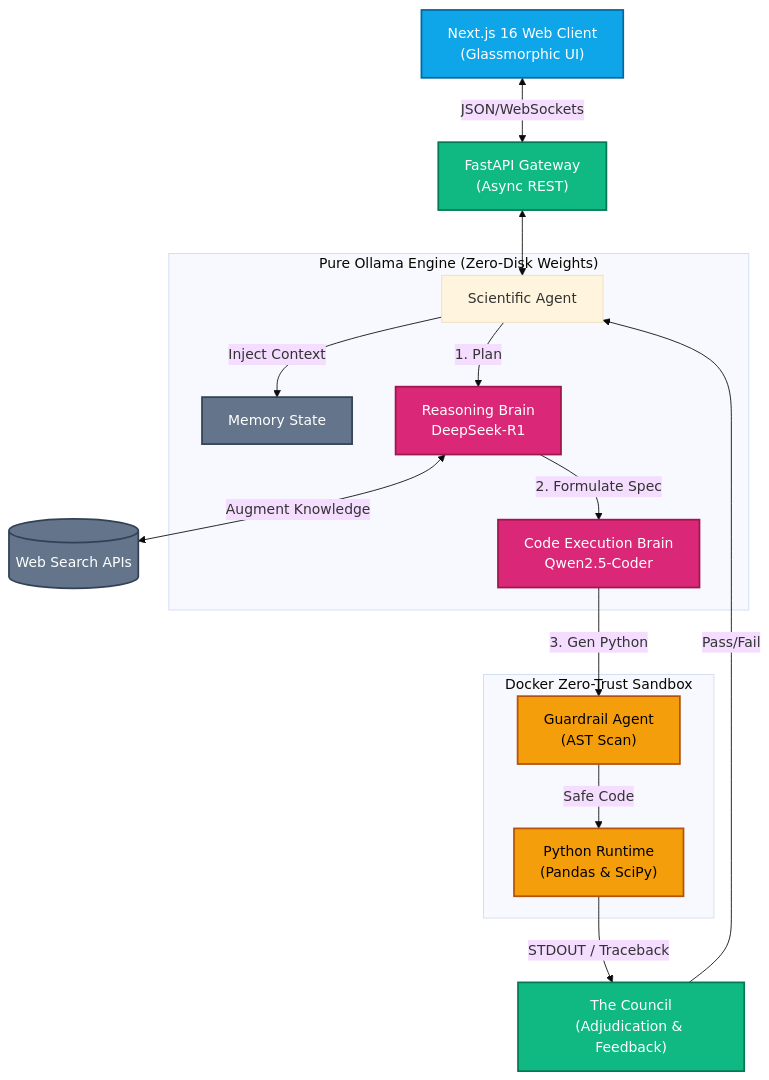
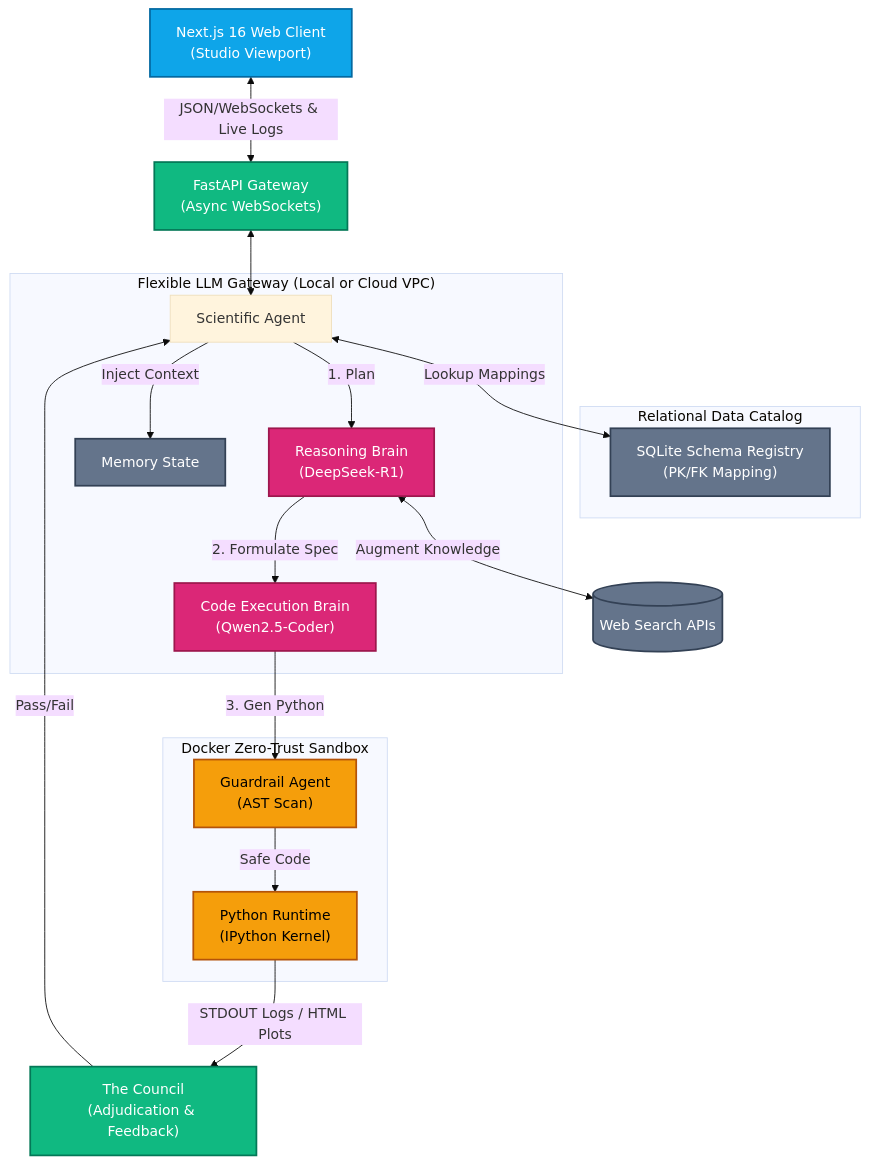
One commit to Aniket-a14/Wizard-w1 changed the diagram in Readme.md. Above: the diagram before and after it, drawn with Mermaid (base theme). The commit also changed other lines of this file, not shown here.

Commit message:
docs: update Readme.md architecture diagram and v2.3 features

````diff
--- a/Readme.md
+++ b/Readme.md
@@ -25,36 +26,41 @@
 ```mermaid
 graph TD
     classDef client fill:#0ea5e9,stroke:#0369a1,stroke-width:2px,color:#fff;
     classDef api fill:#10b981,stroke:#047857,stroke-width:2px,color:#fff;
     classDef brain fill:#db2777,stroke:#9d174d,stroke-width:2px,color:#fff;
     classDef sandbox fill:#f59e0b,stroke:#b45309,stroke-width:2px,color:#000;
     classDef ext fill:#64748b,stroke:#334155,stroke-width:2px,color:#fff;
 
-    client_UI["Next.js 16 Web Client<br/>(Glassmorphic UI)"]:::client
-    API_Gateway["FastAPI Gateway<br/>(Async REST)"]:::api
-    
-    subgraph "Pure Ollama Engine (Zero-Disk Weights)"
+    client_UI["Next.js 16 Web Client<br/>(Studio Viewport)"]:::client
+    API_Gateway["FastAPI Gateway<br/>(Async WebSockets)"]:::api
+
+    subgraph "Relational Data Catalog"
+        SchemaReg["SQLite Schema Registry<br/>(PK/FK Mapping)"]:::ext
+    end
+
+    subgraph "Flexible LLM Gateway (Local or Cloud VPC)"
         Orchestrator["Scientific Agent"]
-        Manager["Reasoning Brain<br/>DeepSeek-R1"]:::brain
-        Worker["Code Execution Brain<br/>Qwen2.5-Coder"]:::brain
+        Manager["Reasoning Brain<br/>(DeepSeek-R1)"]:::brain
+        Worker["Code Execution Brain<br/>(Qwen2.5-Coder)"]:::brain
         RAG["Memory State"]:::ext
     end
-    
+
     subgraph "Docker Zero-Trust Sandbox"
         CodeCheck["Guardrail Agent<br/>(AST Scan)"]:::sandbox
-        Runtime["Python Runtime<br/>(Pandas & SciPy)"]:::sandbox
+        Runtime["Python Runtime<br/>(IPython Kernel)"]:::sandbox
     end
-    
+
     TheCouncil["The Council<br/>(Adjudication & Feedback)"]:::api
 
-    client_UI <-->|JSON/WebSockets| API_Gateway
+    client_UI <-->|JSON/WebSockets & Live Logs| API_Gateway
     API_Gateway <--> Orchestrator
+    Orchestrator <-->|Lookup Mappings| SchemaReg
     Orchestrator -->|Inject Context| RAG
     Orchestrator -->|1. Plan| Manager
     Manager <-->|Augment Knowledge| Search[(Web Search APIs)]:::ext
     Manager -->|2. Formulate Spec| Worker
     Worker -->|3. Gen Python| CodeCheck
     CodeCheck -->|Safe Code| Runtime
-    Runtime -->|STDOUT / Traceback| TheCouncil
+    Runtime -->|STDOUT Logs / HTML Plots| TheCouncil
     TheCouncil -->|Pass/Fail| Orchestrator
 ```
````
